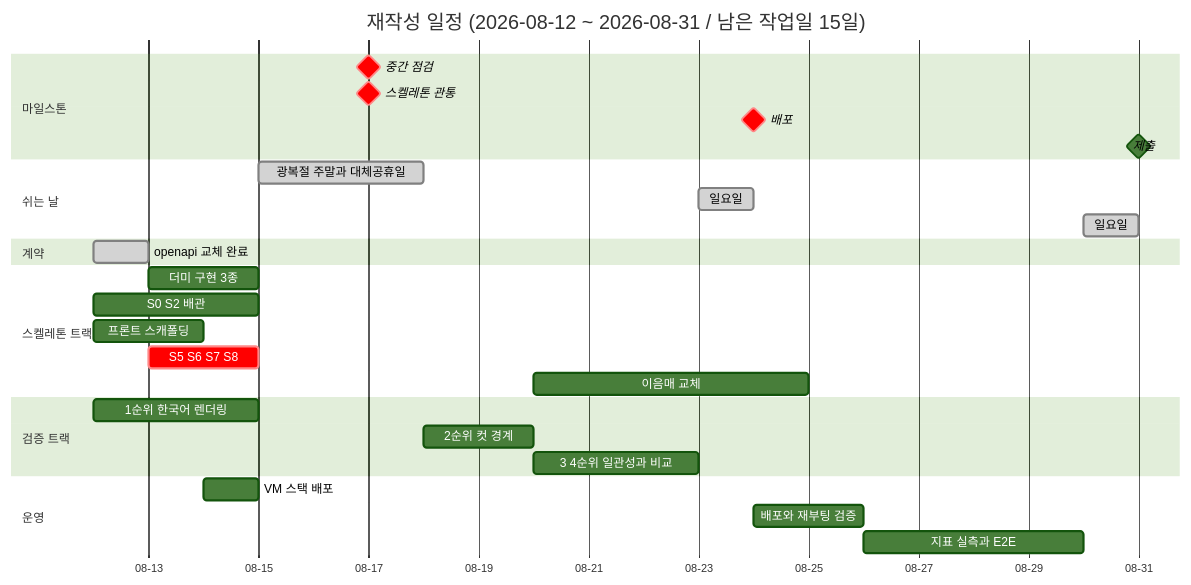
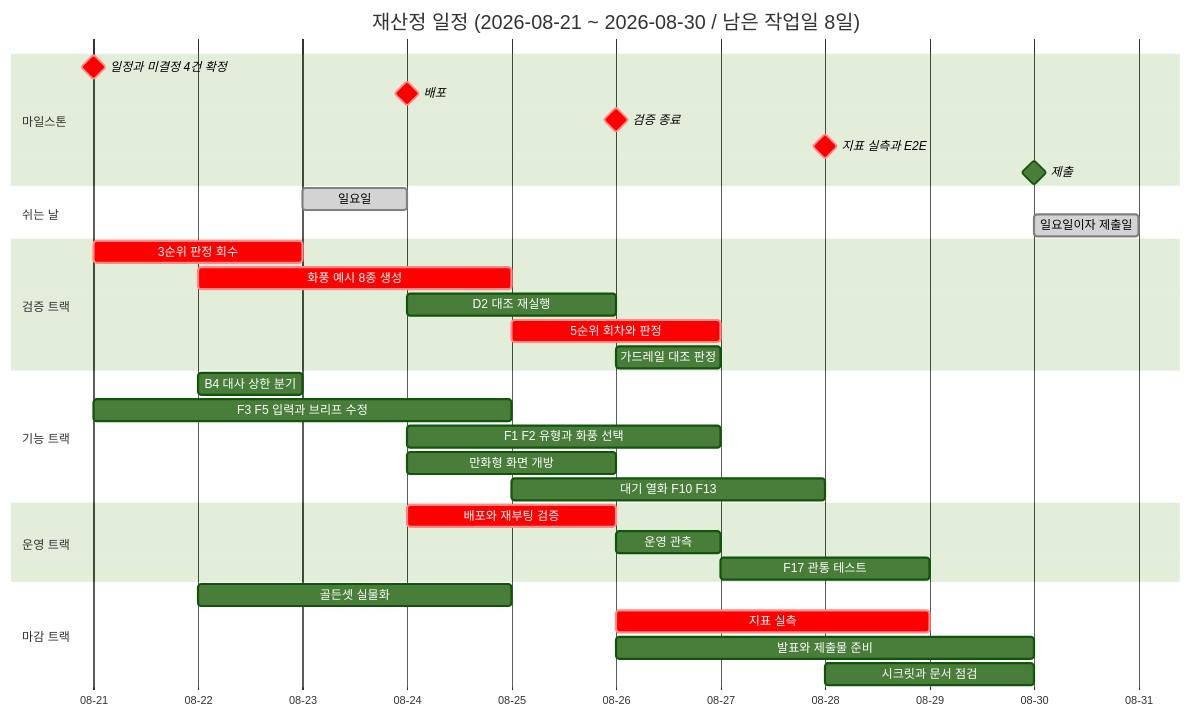
One commit to Codeit-AI10-Part4-3Team/AI10-Part4-3Team-Advanced-Project changed the first of 2 diagrams in docs/역할_일정/00-overall.md. Above: the diagram before and after it, drawn with Mermaid (forest theme). The commit also changed other lines of this file and 12 other files, not shown here.

````diff
--- a/docs/역할_일정/00-overall.md
+++ b/docs/역할_일정/00-overall.md
@@ -108,37 +115,42 @@
 ```mermaid
 gantt
-    title 재작성 일정 (2026-08-12 ~ 2026-08-31 / 남은 작업일 15일)
+    title 재산정 일정 (2026-08-21 ~ 2026-08-30 / 남은 작업일 8일)
     dateFormat YYYY-MM-DD
     axisFormat %m-%d
 
     section 마일스톤
-    중간 점검            :crit, milestone, m3, 2026-08-17, 0d
-    스켈레톤 관통        :crit, milestone, m4, 2026-08-17, 0d
-    배포                :crit, milestone, m5, 2026-08-24, 0d
-    제출                :milestone, m6, 2026-08-31, 0d
+    일정과 미결정 4건 확정 :crit, milestone, m1, 2026-08-21, 0d
+    배포                :crit, milestone, m2, 2026-08-24, 0d
+    검증 종료            :crit, milestone, m3, 2026-08-26, 0d
+    지표 실측과 E2E      :crit, milestone, m4, 2026-08-28, 0d
+    제출                :milestone, m5, 2026-08-30, 0d
 
     section 쉬는 날
-    광복절 주말과 대체공휴일 :done, off2, 2026-08-15, 3d
-    일요일                :done, off3, 2026-08-23, 1d
-    일요일                :done, off4, 2026-08-30, 1d
-
-    section 계약
-    openapi 교체 완료     :done, c1, 2026-08-12, 1d
-
-    section 스켈레톤 트랙
-    더미 구현 3종         :s1, 2026-08-13, 2d
-    S0 S2 배관           :s2, 2026-08-12, 3d
-    프론트 스캐폴딩       :s3, 2026-08-12, 2d
-    S5 S6 S7 S8          :crit, s4, 2026-08-13, 2d
-    이음매 교체           :s5, 2026-08-20, 5d
+    일요일               :done, off1, 2026-08-23, 1d
+    일요일이자 제출일      :done, off2, 2026-08-30, 1d
 
     section 검증 트랙
-    1순위 한국어 렌더링    :v1, 2026-08-12, 3d
-    2순위 컷 경계         :v2, 2026-08-18, 2d
-    3 4순위 일관성과 비교  :v3, 2026-08-20, 3d
+    3순위 판정 회수       :crit, v1, 2026-08-21, 2d
+    화풍 예시 8종 생성    :crit, v2, 2026-08-22, 3d
+    D2 대조 재실행       :v3, 2026-08-24, 2d
+    5순위 회차와 판정     :crit, v4, 2026-08-25, 2d
+    가드레일 대조 판정    :v5, 2026-08-26, 1d
 
-    section 운영
-    VM 스택 배포          :o1, 2026-08-14, 1d
-    배포와 재부팅 검증     :o2, 2026-08-24, 2d
-    지표 실측과 E2E       :o3, 2026-08-26, 4d
+    section 기능 트랙
+    B4 대사 상한 분기     :f1, 2026-08-22, 1d
+    F3 F5 입력과 브리프 수정 :f2, 2026-08-21, 4d
+    F1 F2 유형과 화풍 선택 :f3, 2026-08-24, 3d
+    만화형 화면 개방      :f4, 2026-08-24, 2d
+    대기 열화 F10 F13    :f5, 2026-08-25, 3d
+
+    section 운영 트랙
+    배포와 재부팅 검증    :crit, o1, 2026-08-24, 2d
+    운영 관측            :o2, 2026-08-26, 1d
+    F17 관통 테스트      :o3, 2026-08-27, 2d
+
+    section 마감 트랙
+    골든셋 실물화        :q1, 2026-08-22, 3d
+    지표 실측           :crit, q2, 2026-08-26, 3d
+    발표와 제출물 준비    :q3, 2026-08-26, 4d
+    시크릿과 문서 점검    :q4, 2026-08-28, 2d
 ```
````
